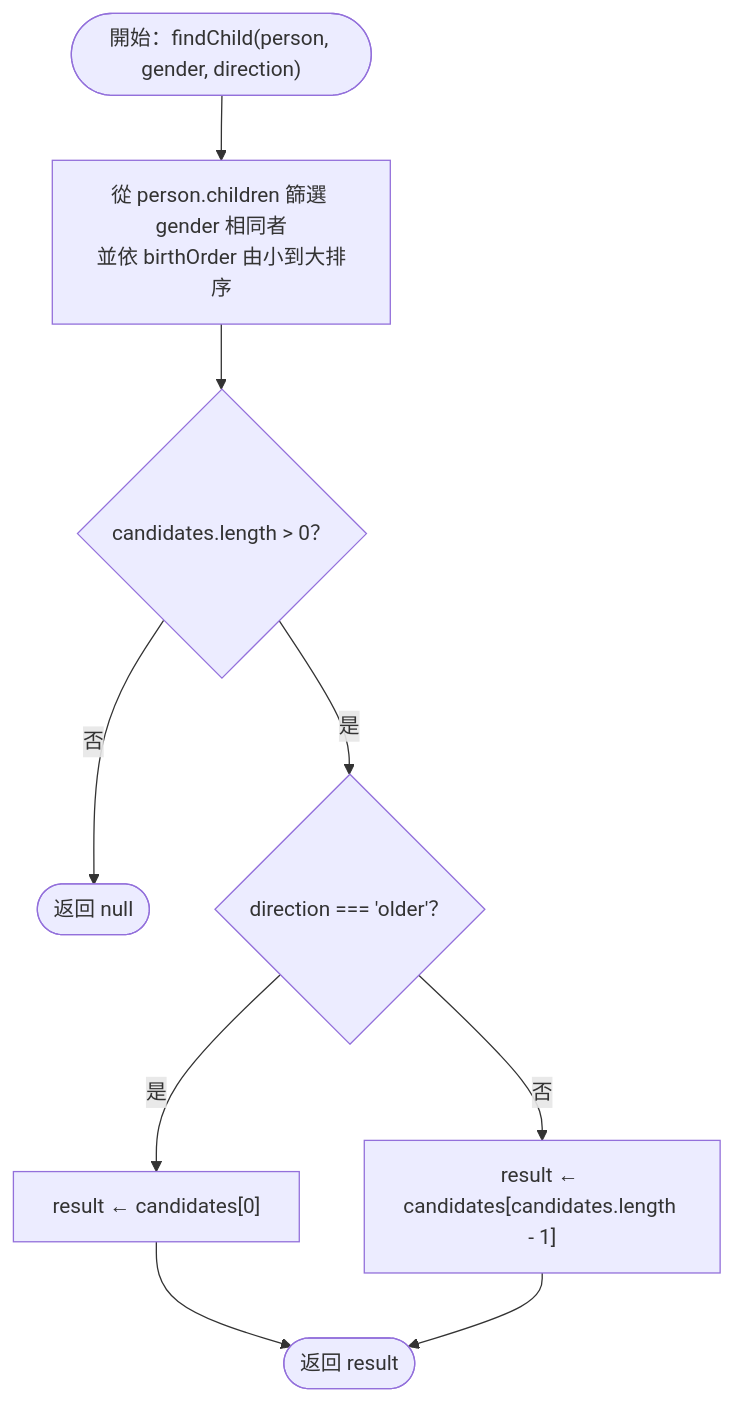
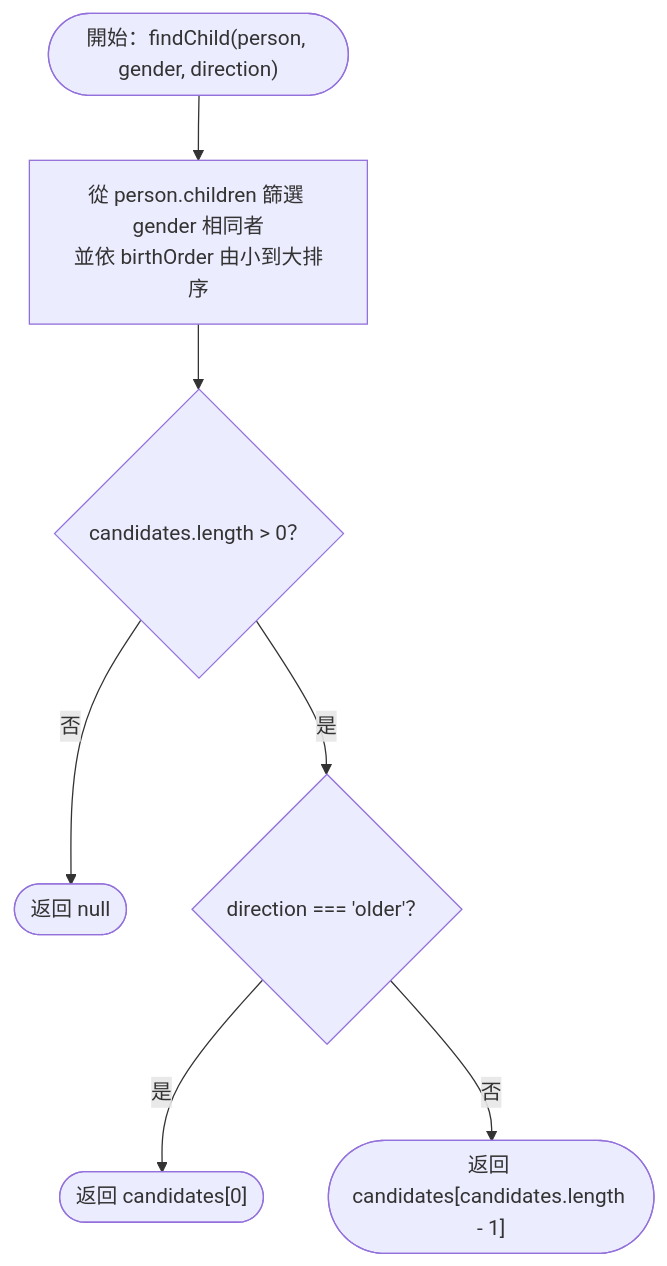
One commit to Chuen666666/hw3 changed diagram 29 of 29 in README.md. Above: the diagram before and after it, drawn with Mermaid. The commit also changed other lines of this file, not shown here.

Commit message:
使流程圖回傳與迴圈貼合原始碼

````diff
--- a/README.md
+++ b/README.md
@@ -417,11 +399,9 @@
 ```mermaid
 flowchart TD
     START(["開始：findChild(person, gender, direction)"]) --> FILTER["從 person.children 篩選 gender 相同者<br/>並依 birthOrder 由小到大排序"]
     FILTER --> AVAILABLE{"candidates.length > 0？"}
     AVAILABLE -- "否" --> RETURN_NULL(["返回 null"])
     AVAILABLE -- "是" --> OLDER{"direction === 'older'？"}
-    OLDER -- "是" --> FIRST["result ← candidates[0]"]
-    OLDER -- "否" --> LAST["result ← candidates[candidates.length - 1]"]
-    FIRST --> RETURN(["返回 result"])
-    LAST --> RETURN
+    OLDER -- "是" --> FIRST(["返回 candidates[0]"])
+    OLDER -- "否" --> LAST(["返回 candidates[candidates.length - 1]"])
 ```
````
